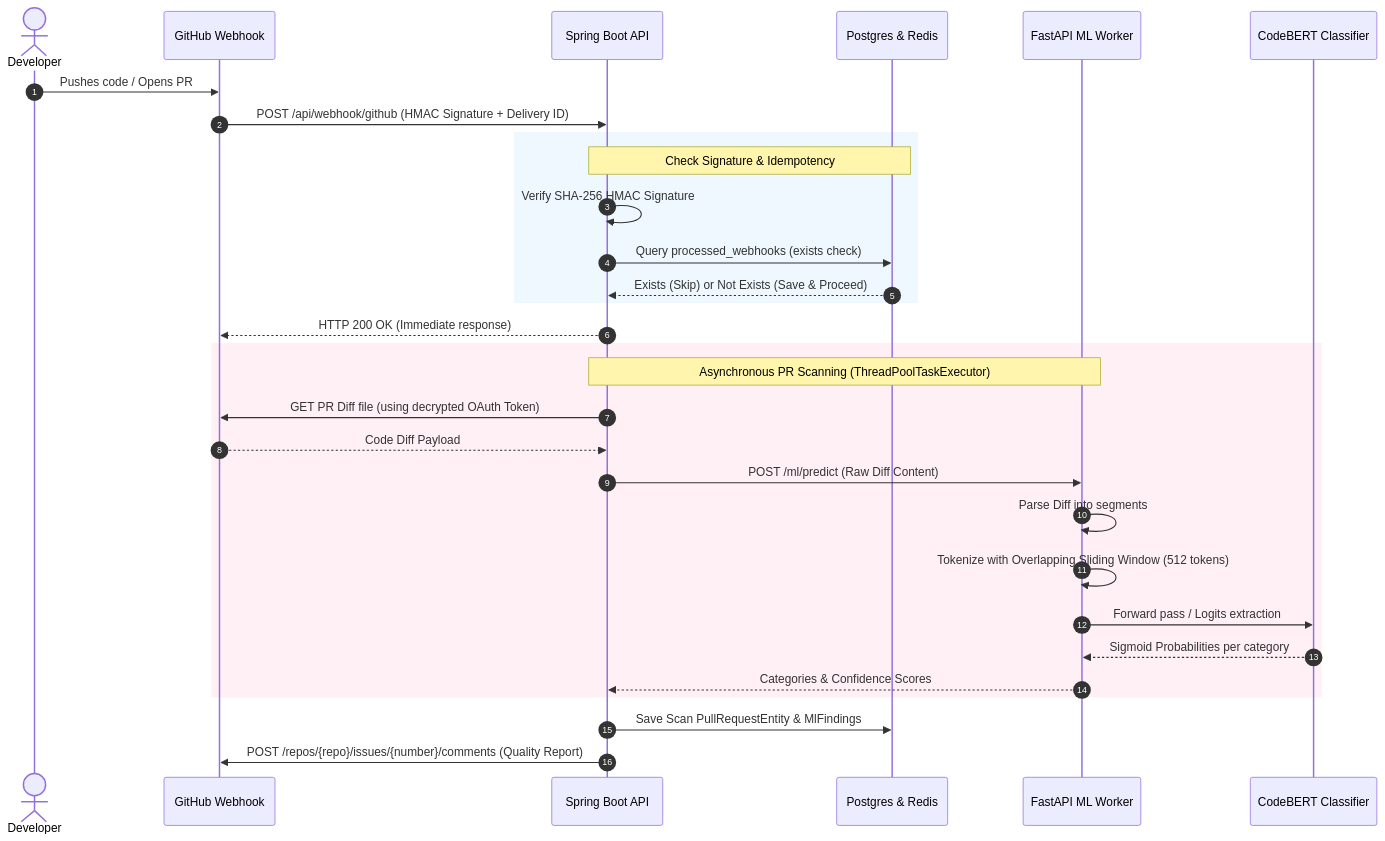
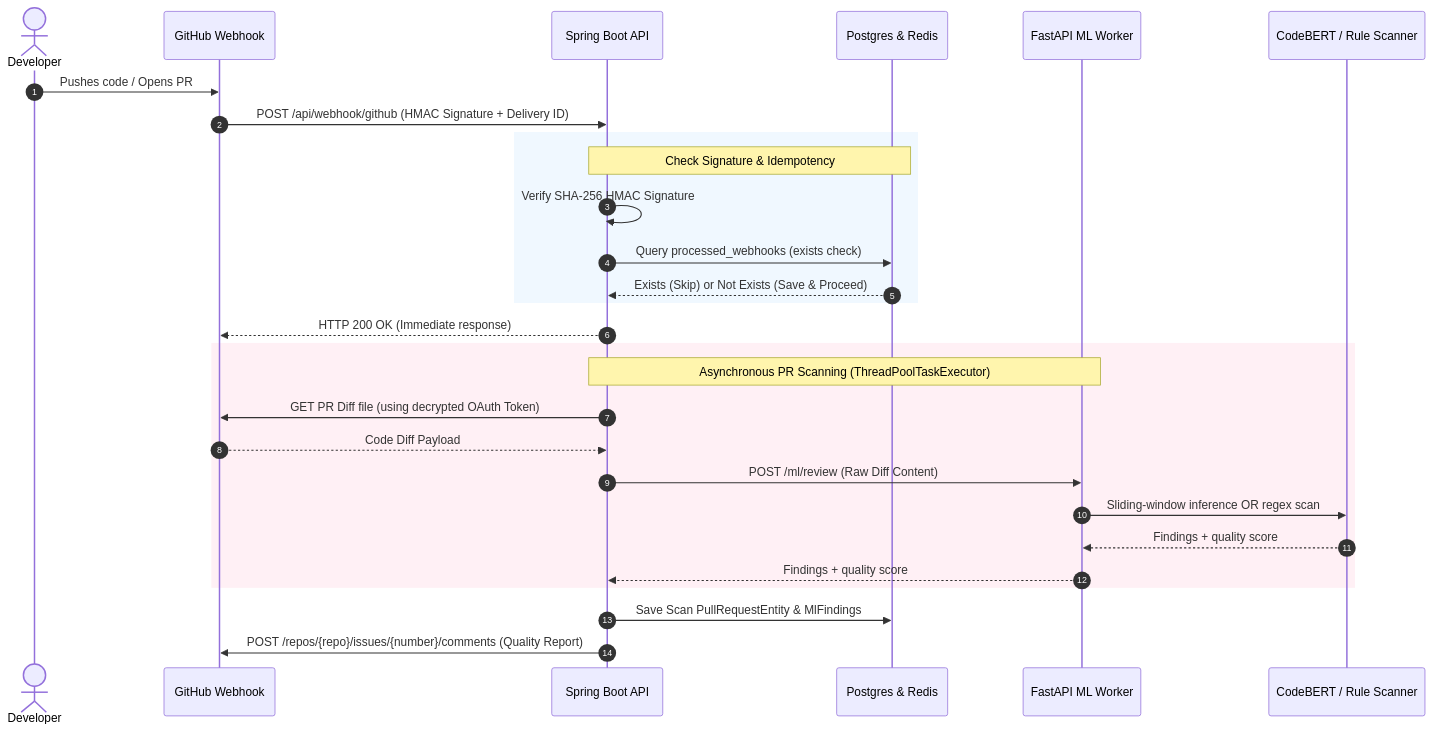
One commit to tanmay-alpha/automated-code-review-tool changed the second of 2 diagrams in README.md. Above: the diagram before and after it, drawn with Mermaid. The commit also changed other lines of this file and 1 other file, not shown here.

````diff
--- a/README.md
+++ b/README.md
@@ -95,35 +89,33 @@
 ```mermaid
 sequenceDiagram
     autonumber
     actor Developer
     participant GitHub as GitHub Webhook
     participant Gateway as Spring Boot API
     participant DB as Postgres & Redis
     participant MLWorker as FastAPI ML Worker
-    participant Model as CodeBERT Classifier
+    participant Model as CodeBERT / Rule Scanner
 
     Developer->>GitHub: Pushes code / Opens PR
     GitHub->>Gateway: POST /api/webhook/github (HMAC Signature + Delivery ID)
     rect rgb(240, 248, 255)
         Note over Gateway,DB: Check Signature & Idempotency
         Gateway->>Gateway: Verify SHA-256 HMAC Signature
         Gateway->>DB: Query processed_webhooks (exists check)
         DB-->>Gateway: Exists (Skip) or Not Exists (Save & Proceed)
     end
     Gateway-->>GitHub: HTTP 200 OK (Immediate response)
-    
+
     rect rgb(255, 240, 245)
         Note over Gateway,MLWorker: Asynchronous PR Scanning (ThreadPoolTaskExecutor)
         Gateway->>GitHub: GET PR Diff file (using decrypted OAuth Token)
         GitHub-->>Gateway: Code Diff Payload
-        Gateway->>MLWorker: POST /ml/predict (Raw Diff Content)
-        MLWorker->>MLWorker: Parse Diff into segments
-        MLWorker->>MLWorker: Tokenize with Overlapping Sliding Window (512 tokens)
-        MLWorker->>Model: Forward pass / Logits extraction
-        Model-->>MLWorker: Sigmoid Probabilities per category
-        MLWorker-->>Gateway: Categories & Confidence Scores
+        Gateway->>MLWorker: POST /ml/review (Raw Diff Content)
+        MLWorker->>Model: Sliding-window inference OR regex scan
+        Model-->>MLWorker: Findings + quality score
+        MLWorker-->>Gateway: Findings + quality score
     end
 
     Gateway->>DB: Save Scan PullRequestEntity & MlFindings
     Gateway->>GitHub: POST /repos/{repo}/issues/{number}/comments (Quality Report)
 ```
````
